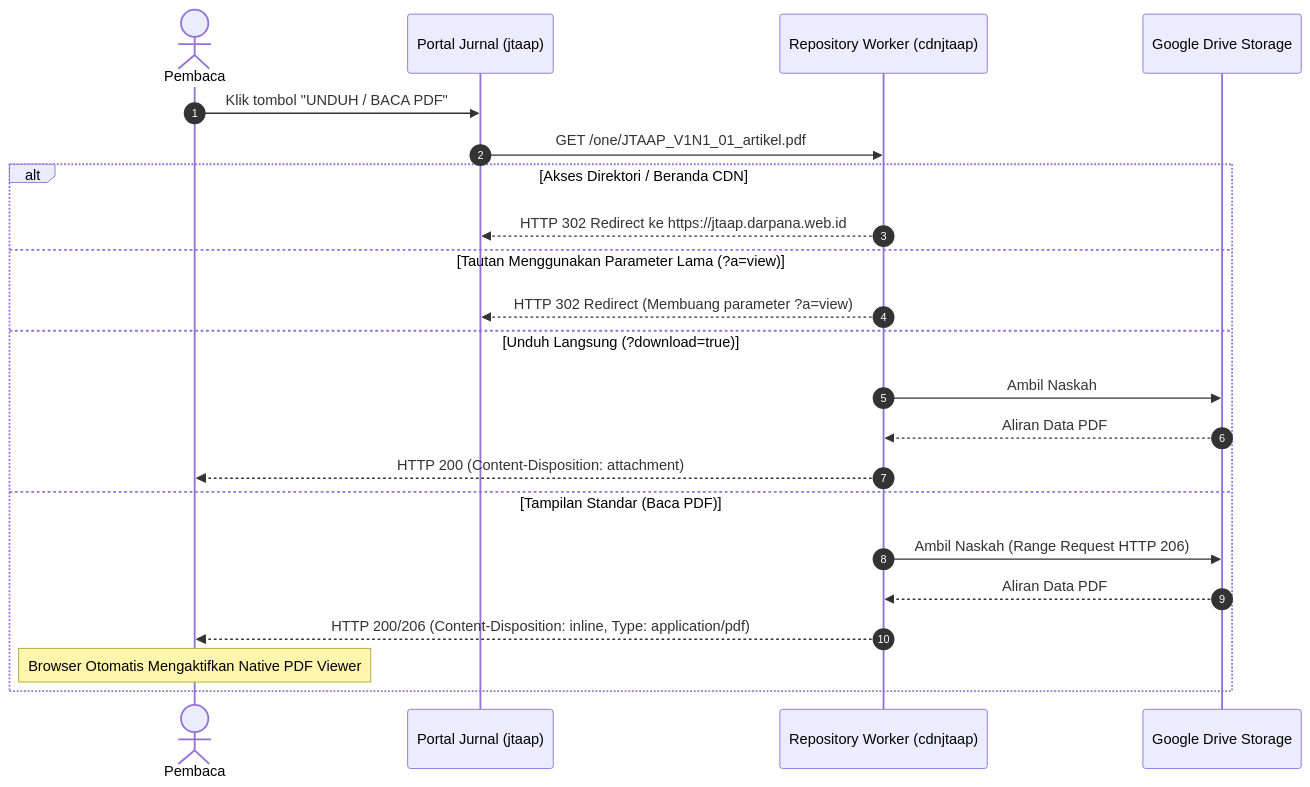
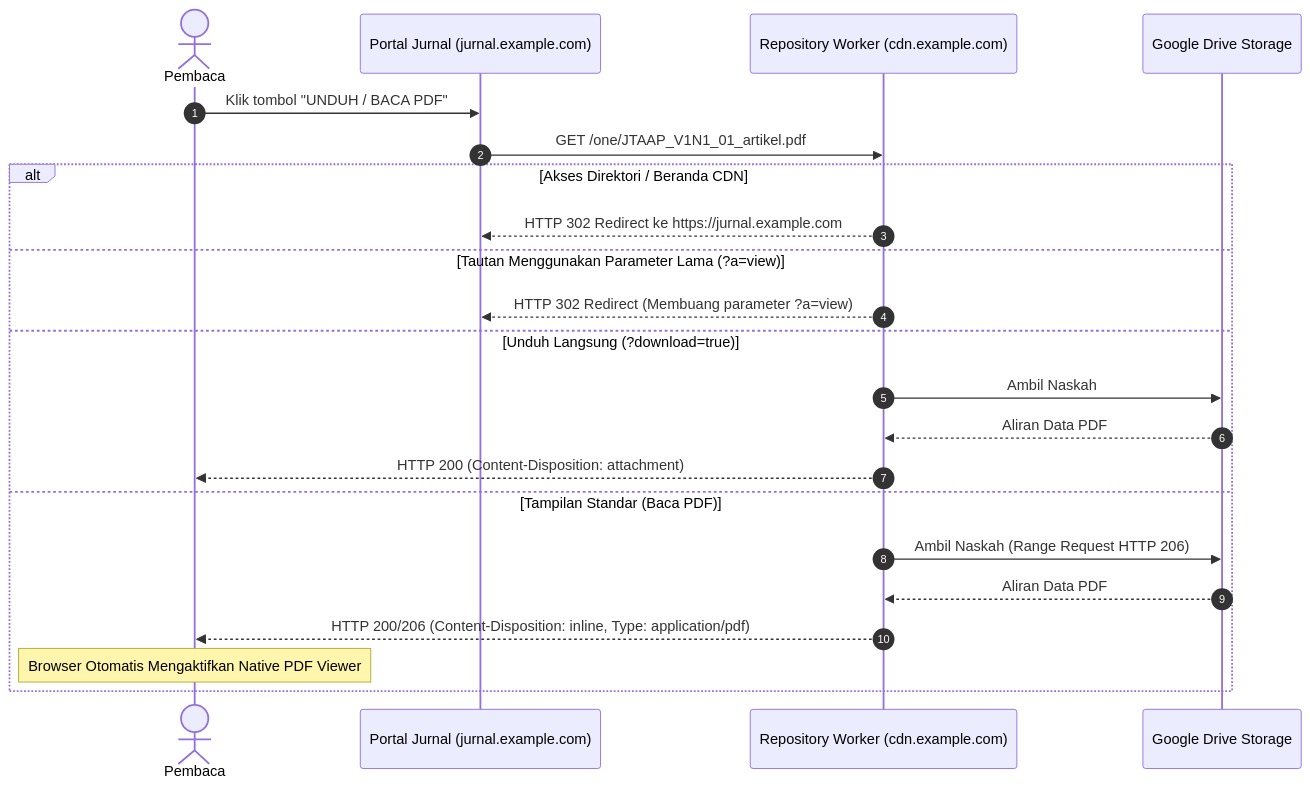
One commit to sonhak-18/Serverless-Open-Journal-System changed the second of 2 diagrams in README.md. Above: the diagram before and after it, drawn with Mermaid. The commit also changed other lines of this file and 11 other files, not shown here.

Commit message:
docs: sanitize repository for public release, add full cdn & service account guides, and clean up build artifacts

````diff
--- a/README.md
+++ b/README.md
@@ -53,25 +53,25 @@
 ```mermaid
 sequenceDiagram
     autonumber
     actor Reader as Pembaca
-    participant Portal as Portal Jurnal (jtaap)
-    participant CDN as Repository Worker (cdnjtaap)
+    participant Portal as Portal Jurnal (jurnal.example.com)
+    participant CDN as Repository Worker (cdn.example.com)
     participant Drive as Google Drive Storage
 
     Reader->>Portal: Klik tombol "UNDUH / BACA PDF"
     Portal->>CDN: GET /one/JTAAP_V1N1_01_artikel.pdf
     alt Akses Direktori / Beranda CDN
-        CDN-->>Portal: HTTP 302 Redirect ke https://jtaap.darpana.web.id
+        CDN-->>Portal: HTTP 302 Redirect ke https://jurnal.example.com
     else Tautan Menggunakan Parameter Lama (?a=view)
         CDN-->>Portal: HTTP 302 Redirect (Membuang parameter ?a=view)
     else Unduh Langsung (?download=true)
         CDN->>Drive: Ambil Naskah
         Drive-->>CDN: Aliran Data PDF
         CDN-->>Reader: HTTP 200 (Content-Disposition: attachment)
     else Tampilan Standar (Baca PDF)
         CDN->>Drive: Ambil Naskah (Range Request HTTP 206)
         Drive-->>CDN: Aliran Data PDF
         CDN-->>Reader: HTTP 200/206 (Content-Disposition: inline, Type: application/pdf)
         Note over Reader: Browser Otomatis Mengaktifkan Native PDF Viewer
     end
 ```
````
